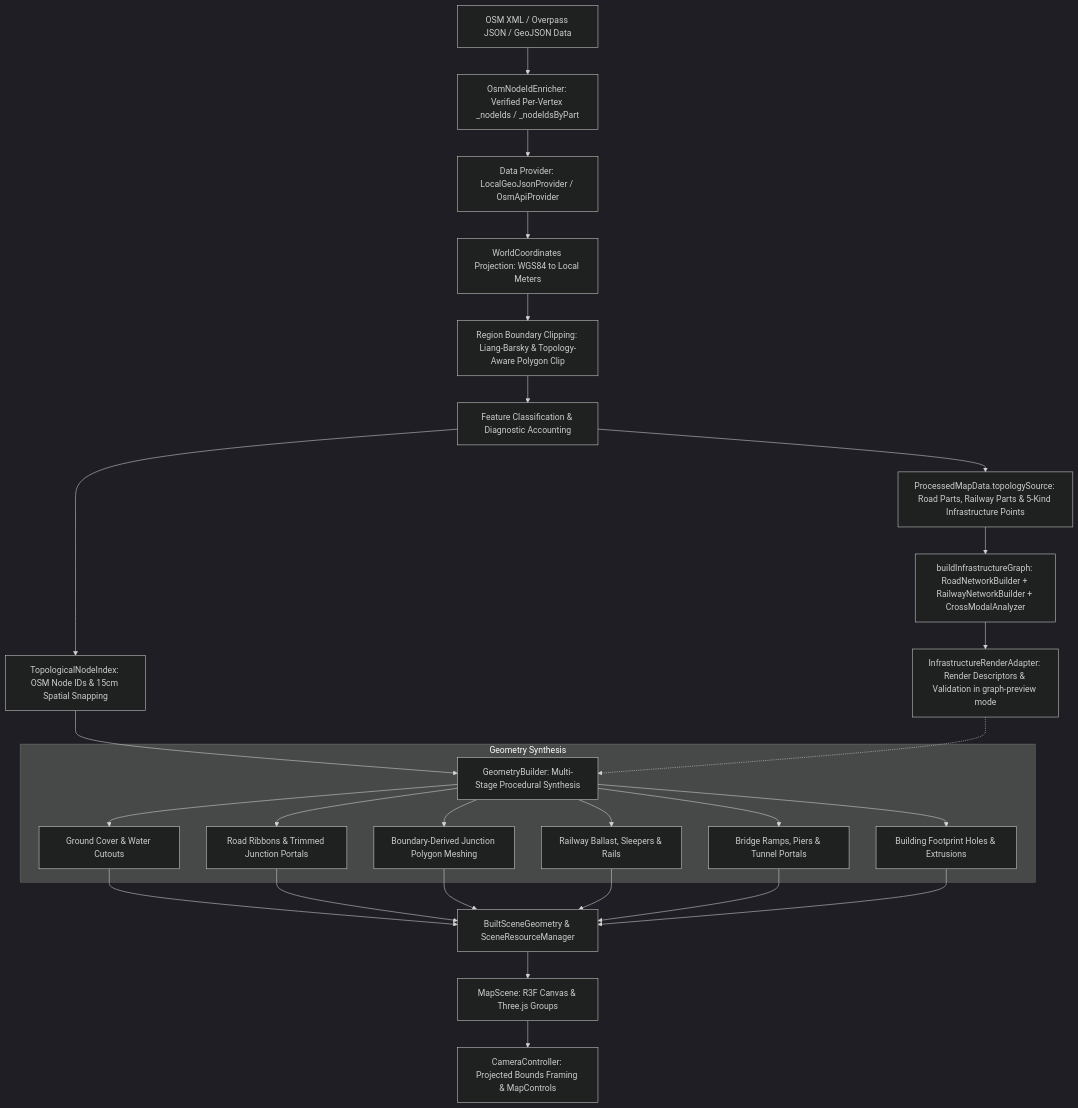
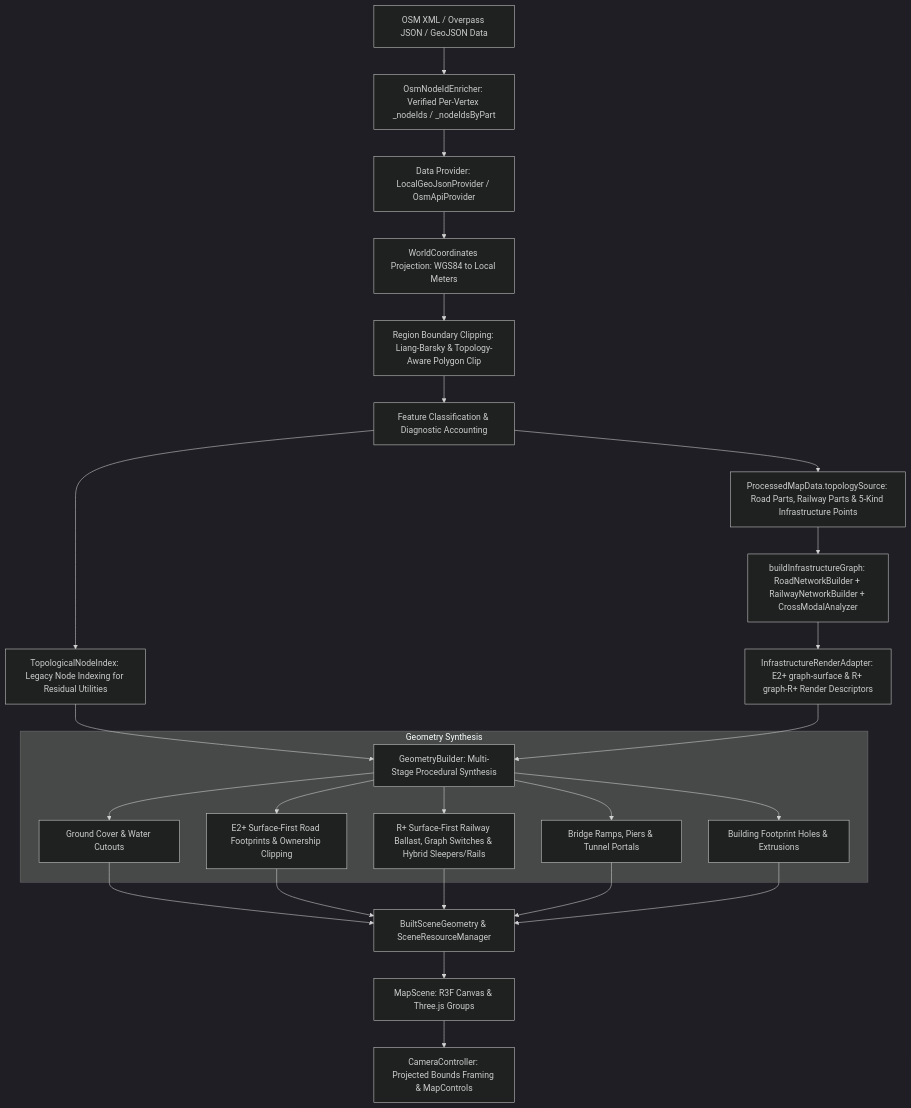
Before and after one commit to Video-S/OSM-Renderer: the diagram in docs/architecture.md, drawn with Mermaid (dark theme). The commit also changed other lines of this file and 10 other files, not shown here.

First line of the commit message:
docs: update status and architectural documentation for E2+/R+

````diff
--- a/docs/architecture.md
+++ b/docs/architecture.md
@@ -37,28 +37,27 @@
 ```mermaid
 flowchart TD
     A[OSM XML / Overpass JSON / GeoJSON Data] --> A1[OsmNodeIdEnricher: Verified Per-Vertex _nodeIds / _nodeIdsByPart]
     A1 --> B[Data Provider: LocalGeoJsonProvider / OsmApiProvider]
     B --> C[WorldCoordinates Projection: WGS84 to Local Meters]
     C --> D[Region Boundary Clipping: Liang-Barsky & Topology-Aware Polygon Clip]
     D --> E[Feature Classification & Diagnostic Accounting]
     E --> E1[ProcessedMapData.topologySource: Road Parts, Railway Parts & 5-Kind Infrastructure Points]
     E1 --> E2[buildInfrastructureGraph: RoadNetworkBuilder + RailwayNetworkBuilder + CrossModalAnalyzer]
-    E2 --> E3[InfrastructureRenderAdapter: Render Descriptors & Validation in graph-preview mode]
-    E --> F[TopologicalNodeIndex: OSM Node IDs & 15cm Spatial Snapping]
+    E2 --> E3[InfrastructureRenderAdapter: E2+ graph-surface & R+ graph-R+ Render Descriptors]
+    E --> F[TopologicalNodeIndex: Legacy Node Indexing for Residual Utilities]
     F --> G[GeometryBuilder: Multi-Stage Procedural Synthesis]
-    E3 -.-> G
+    E3 --> G
     
     subgraph Geometry Synthesis
         G1[Ground Cover & Water Cutouts]
-        G2[Road Ribbons & Trimmed Junction Portals]
-        G3[Boundary-Derived Junction Polygon Meshing]
-        G4[Railway Ballast, Sleepers & Rails]
-        G5[Bridge Ramps, Piers & Tunnel Portals]
-        G6[Building Footprint Holes & Extrusions]
-        G --> G1 & G2 & G3 & G4 & G5 & G6
+        G2[E2+ Surface-First Road Footprints & Ownership Clipping]
+        G3[R+ Surface-First Railway Ballast, Graph Switches & Hybrid Sleepers/Rails]
+        G4[Bridge Ramps, Piers & Tunnel Portals]
+        G5[Building Footprint Holes & Extrusions]
+        G --> G1 & G2 & G3 & G4 & G5
     end
 
-    G1 & G2 & G3 & G4 & G5 & G6 --> H[BuiltSceneGeometry & SceneResourceManager]
+    G1 & G2 & G3 & G4 & G5 --> H[BuiltSceneGeometry & SceneResourceManager]
     H --> I[MapScene: R3F Canvas & Three.js Groups]
     I --> J[CameraController: Projected Bounds Framing & MapControls]
 ```
````
